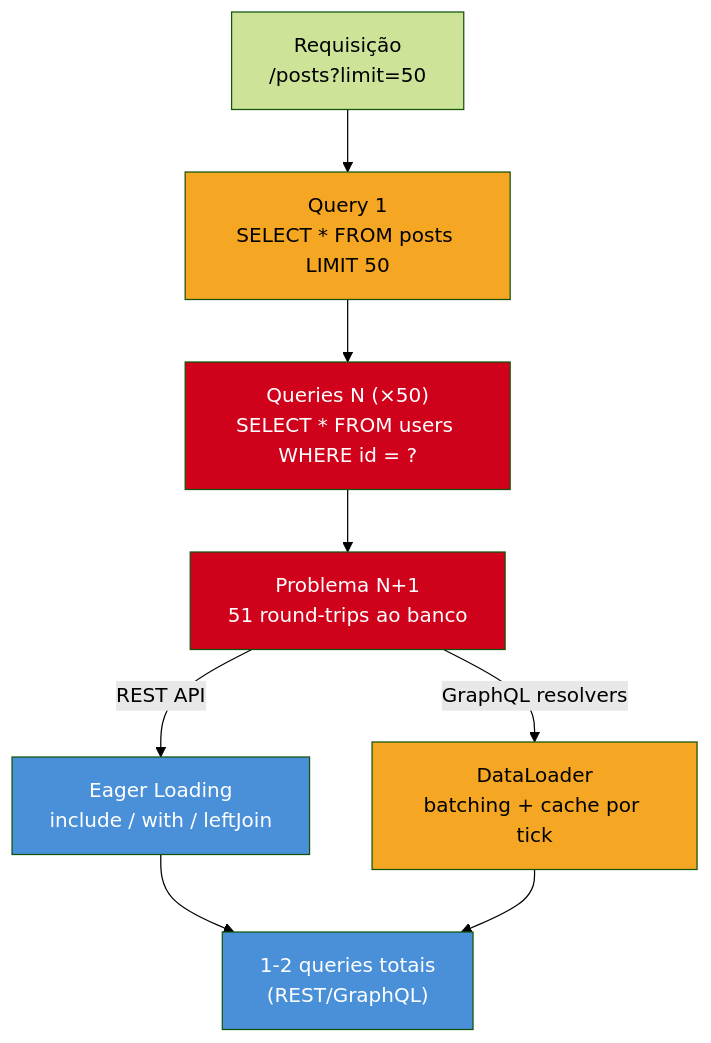
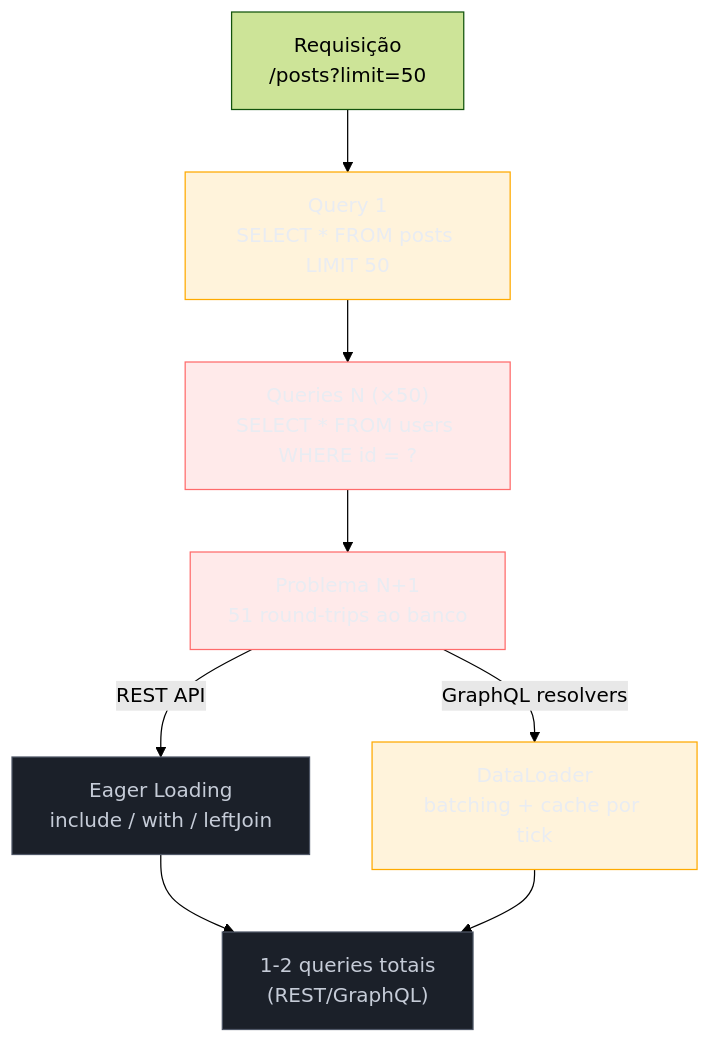
Before and after one commit to josenaldo/codex-technomanticus: the diagram in 03-Dominios/Tecnologia/Node/ORMs e banco de dados/06 - N+1 queries - detecção e DataLoader.md, drawn with Mermaid (forest theme). The commit also changed 1181 other files, not shown here.

First line of the commit message:
fix(diagramas): paleta do sistema no lugar de cor cravada no markdown

````diff
--- a/03-Dominios/Tecnologia/Node/ORMs e banco de dados/06 - N+1 queries - detecção e DataLoader.md
+++ b/03-Dominios/Tecnologia/Node/ORMs e banco de dados/06 - N+1 queries - detecção e DataLoader.md
@@ -27,27 +27,30 @@
 ```mermaid
 flowchart TD
+    classDef falha fill:#FF6B6B24,stroke:#FF6B6B,color:#E9ECF2
+    classDef neutro fill:#1B2029,stroke:#4E5666,color:#C6CCD8
+    classDef destaque fill:#FFAA0024,stroke:#FFAA00,color:#E9ECF2
     REQ["Requisição\n/posts?limit=50"]
     Q1["Query 1\nSELECT * FROM posts LIMIT 50"]
     N_Q["Queries N (×50)\nSELECT * FROM users WHERE id = ?"]
     PROB["Problema N+1\n51 round-trips ao banco"]
 
     EL["Eager Loading\ninclude / with / leftJoin"]
     DL["DataLoader\nbatching + cache por tick"]
     SOL["1-2 queries totais\n(REST/GraphQL)"]
 
     REQ --> Q1
     Q1 --> N_Q
     N_Q --> PROB
 
     PROB -->|"REST API"| EL
     PROB -->|"GraphQL resolvers"| DL
     EL --> SOL
     DL --> SOL
 
-    style PROB fill:#D0021B,color:#fff
-    style EL fill:#4A90D9,color:#fff
-    style DL fill:#F5A623,color:#000
-    style SOL fill:#4A90D9,color:#fff
-    style Q1 fill:#F5A623,color:#000
-    style N_Q fill:#D0021B,color:#fff
+    class PROB falha
+    class EL neutro
+    class DL destaque
+    class SOL neutro
+    class Q1 destaque
+    class N_Q falha
 ```
````
